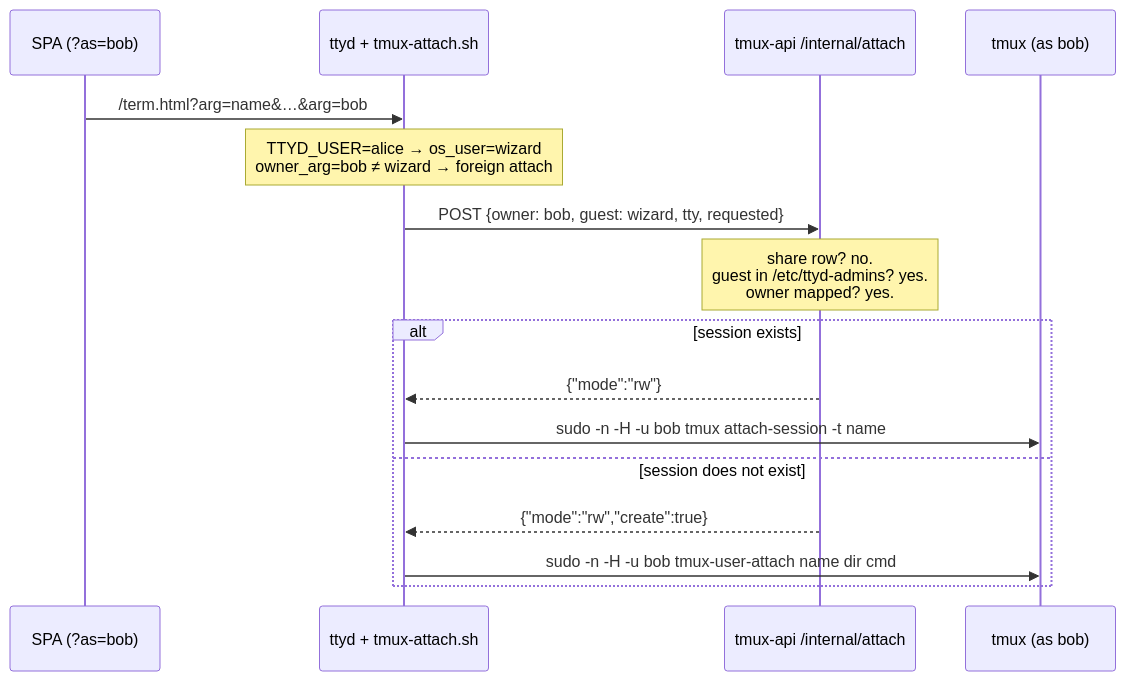
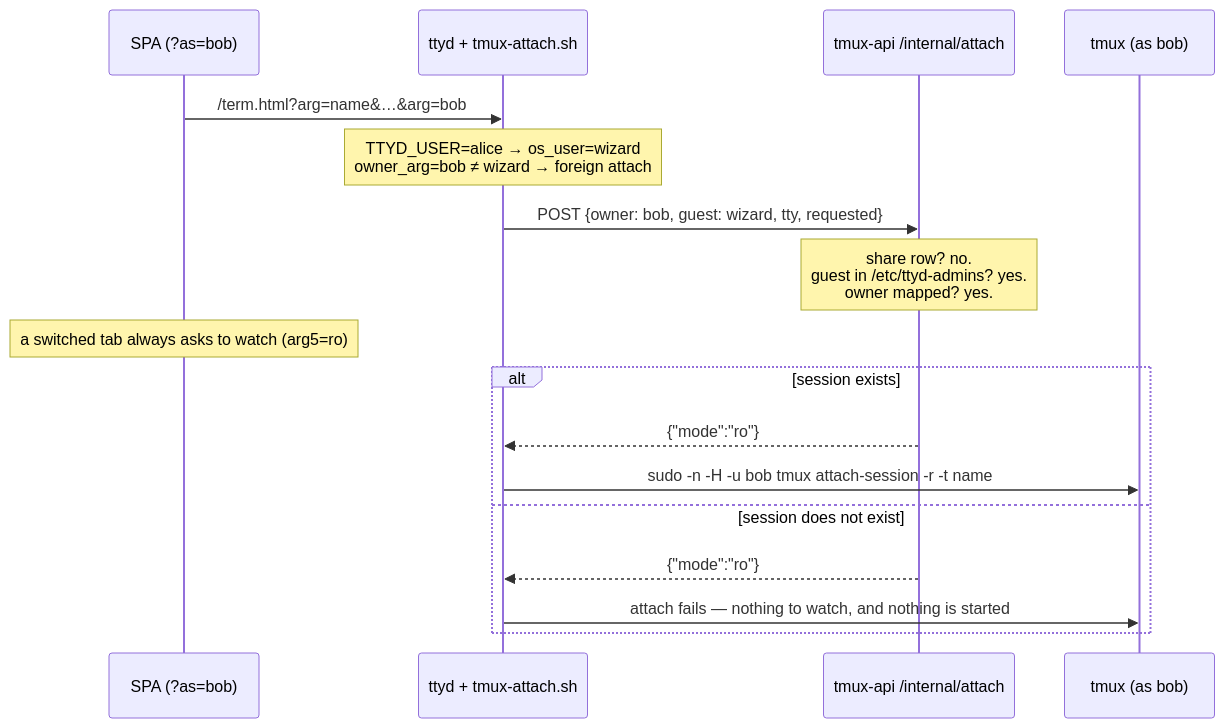
One commit to ViktorBarzin/terminal-lobby changed the third of 3 diagrams in docs/plans/2026-08-16-admin-act-as-user-design.md. Above: the diagram before and after it, drawn with Mermaid. The commit also changed other lines of this file and 15 other files, not shown here.

````diff
--- a/docs/plans/2026-08-16-admin-act-as-user-design.md
+++ b/docs/plans/2026-08-16-admin-act-as-user-design.md
@@ -128,19 +168,20 @@
 ```mermaid
 sequenceDiagram
   participant SPA as SPA (?as=bob)
   participant TTYD as ttyd + tmux-attach.sh
   participant API as tmux-api /internal/attach
   participant TMUX as tmux (as bob)
 
   SPA->>TTYD: /term.html?arg=name&…&arg=bob
   Note over TTYD: TTYD_USER=alice → os_user=wizard<br/>owner_arg=bob ≠ wizard → foreign attach
   TTYD->>API: POST {owner: bob, guest: wizard, tty, requested}
   Note over API: share row? no.<br/>guest in /etc/ttyd-admins? yes.<br/>owner mapped? yes.
+  Note over SPA: a switched tab always asks to watch (arg5=ro)
   alt session exists
-    API-->>TTYD: {"mode":"rw"}
-    TTYD->>TMUX: sudo -n -H -u bob tmux attach-session -t name
+    API-->>TTYD: {"mode":"ro"}
+    TTYD->>TMUX: sudo -n -H -u bob tmux attach-session -r -t name
   else session does not exist
-    API-->>TTYD: {"mode":"rw","create":true}
-    TTYD->>TMUX: sudo -n -H -u bob tmux-user-attach name dir cmd
+    API-->>TTYD: {"mode":"ro"}
+    TTYD->>TMUX: attach fails — nothing to watch, and nothing is started
   end
 ```
````
